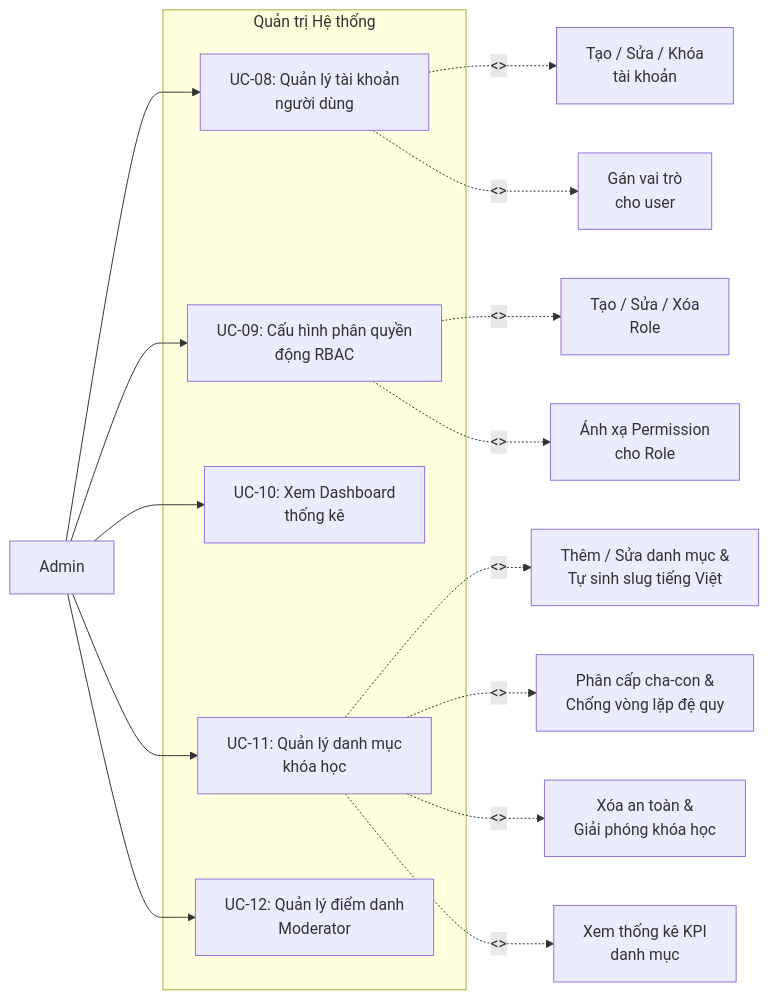
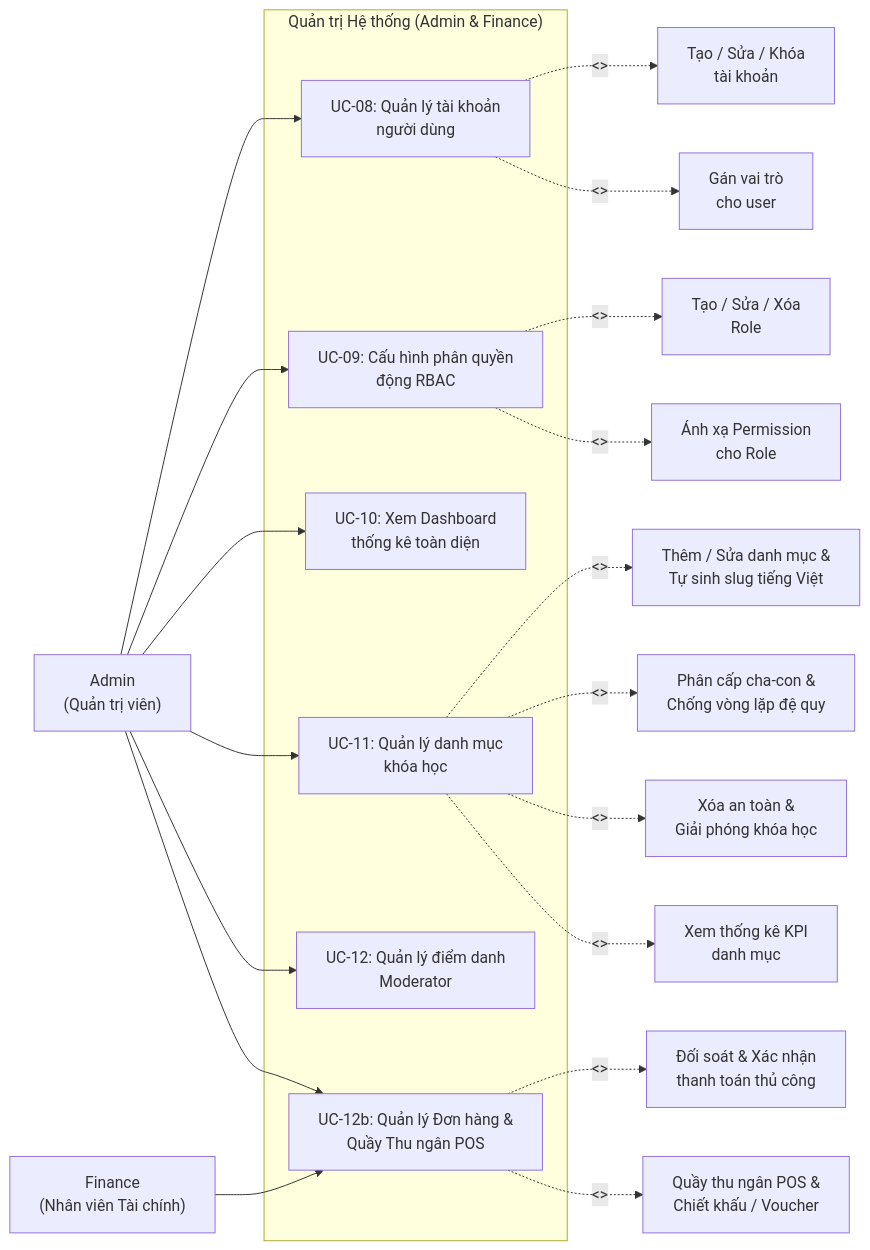
One commit to TienNguyen23-12/utelearn-platform changed the diagram in docs/usecases/UC02_QuanTriHeThong.md. Above: the diagram before and after it, drawn with Mermaid. The commit also changed other lines of this file and 24 other files, not shown here.

````diff
--- a/docs/usecases/UC02_QuanTriHeThong.md
+++ b/docs/usecases/UC02_QuanTriHeThong.md
@@ -5,27 +5,33 @@
 ```mermaid
 graph LR
-    Admin["Admin"]
+    Admin["Admin<br/>(Quản trị viên)"]
+    Finance["Finance<br/>(Nhân viên Tài chính)"]
 
-    subgraph UC_Admin["Quản trị Hệ thống"]
+    subgraph UC_Admin["Quản trị Hệ thống (Admin & Finance)"]
         UC08["UC-08: Quản lý tài khoản<br/>người dùng"]
         UC09["UC-09: Cấu hình phân quyền<br/>động RBAC"]
-        UC10["UC-10: Xem Dashboard<br/>thống kê"]
+        UC10["UC-10: Xem Dashboard<br/>thống kê toàn diện"]
         UC11["UC-11: Quản lý danh mục<br/>khóa học"]
         UC12["UC-12: Quản lý điểm danh<br/>Moderator"]
+        UC12b["UC-12b: Quản lý Đơn hàng &<br/>Quầy Thu ngân POS"]
     end
 
     Admin --> UC08
     Admin --> UC09
     Admin --> UC10
     Admin --> UC11
     Admin --> UC12
+    Admin --> UC12b
+    Finance --> UC12b
 
     UC08 -.->|"<<includes>>"| UC08a["Tạo / Sửa / Khóa<br/>tài khoản"]
     UC08 -.->|"<<includes>>"| UC08b["Gán vai trò<br/>cho user"]
     UC09 -.->|"<<includes>>"| UC09a["Tạo / Sửa / Xóa<br/>Role"]
     UC09 -.->|"<<includes>>"| UC09b["Ánh xạ Permission<br/>cho Role"]
     UC11 -.->|"<<includes>>"| UC11a["Thêm / Sửa danh mục &<br/>Tự sinh slug tiếng Việt"]
     UC11 -.->|"<<includes>>"| UC11b["Phân cấp cha-con &<br/>Chống vòng lặp đệ quy"]
     UC11 -.->|"<<includes>>"| UC11c["Xóa an toàn &<br/>Giải phóng khóa học"]
     UC11 -.->|"<<includes>>"| UC11d["Xem thống kê KPI<br/>danh mục"]
+    UC12b -.->|"<<includes>>"| UC12b1["Đối soát & Xác nhận<br/>thanh toán thủ công"]
+    UC12b -.->|"<<includes>>"| UC12b2["Quầy thu ngân POS &<br/>Chiết khấu / Voucher"]
 ```
````
